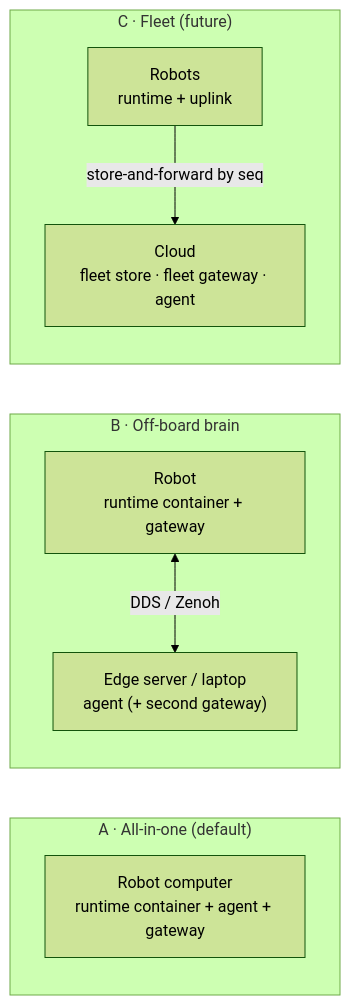
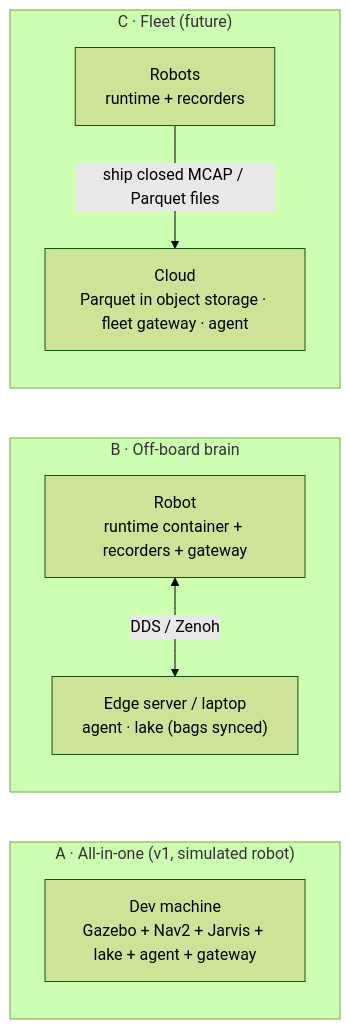
The fourth of 4 diagrams in docs/design/02-architecture.md (guilyx/jarvis_ros2), drawn with Mermaid (forest theme) before and after one commit. The commit also changed other lines of this file and 20 other files, not shown here.

````diff
--- a/docs/design/02-architecture.md
+++ b/docs/design/02-architecture.md
@@ -187,16 +201,16 @@
 ```mermaid
 flowchart LR
-  subgraph A["A · All-in-one (default)"]
-    a1["Robot computer<br/>runtime container + agent + gateway"]
+  subgraph A["A · All-in-one (v1, simulated robot)"]
+    a1["Dev machine<br/>Gazebo + Nav2 + Jarvis + lake + agent + gateway"]
   end
   subgraph B["B · Off-board brain"]
-    b1["Robot<br/>runtime container + gateway"]
-    b2["Edge server / laptop<br/>agent (+ second gateway)"]
+    b1["Robot<br/>runtime container + recorders + gateway"]
+    b2["Edge server / laptop<br/>agent · lake (bags synced)"]
     b1 <-- "DDS / Zenoh" --> b2
   end
   subgraph C["C · Fleet (future)"]
-    c1["Robots<br/>runtime + uplink"]
-    c2["Cloud<br/>fleet store · fleet gateway · agent"]
-    c1 -- "store-and-forward by seq" --> c2
+    c1["Robots<br/>runtime + recorders"]
+    c2["Cloud<br/>Parquet in object storage · fleet gateway · agent"]
+    c1 -- "ship closed MCAP / Parquet files" --> c2
   end
 ```
````
